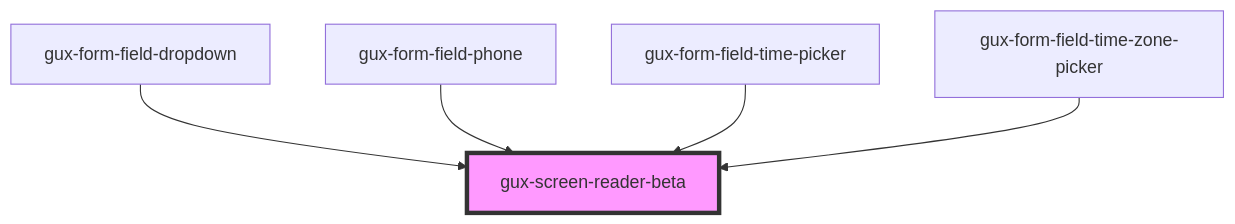
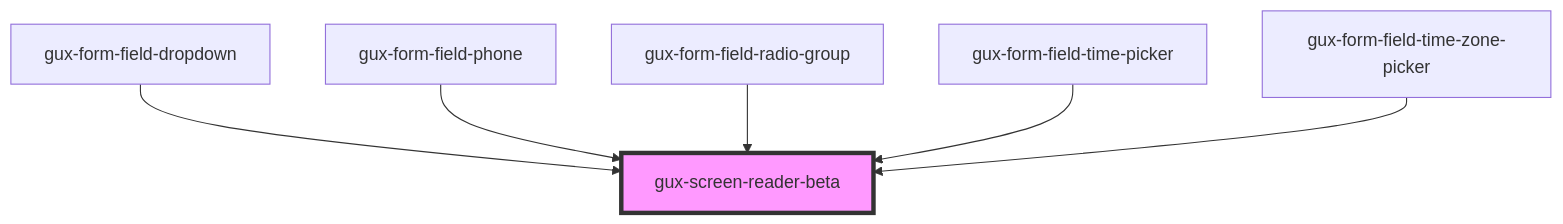
Before and after one commit to MyPureCloud/genesys-spark: the diagram in packages/genesys-spark-components/src/components/beta/gux-screen-reader/readme.md, drawn with Mermaid. The commit also changed other lines of this file and 11 other files, not shown here.

Commit message:
feat(form-field-radio-group): add new form-field-radio-group component

````diff
--- a/packages/genesys-spark-components/src/components/beta/gux-screen-reader/readme.md
+++ b/packages/genesys-spark-components/src/components/beta/gux-screen-reader/readme.md
@@ -25,8 +26,9 @@
 ```mermaid
 graph TD;
   gux-form-field-dropdown --> gux-screen-reader-beta
   gux-form-field-phone --> gux-screen-reader-beta
+  gux-form-field-radio-group --> gux-screen-reader-beta
   gux-form-field-time-picker --> gux-screen-reader-beta
   gux-form-field-time-zone-picker --> gux-screen-reader-beta
   style gux-screen-reader-beta fill:#f9f,stroke:#333,stroke-width:4px
 ```
````
